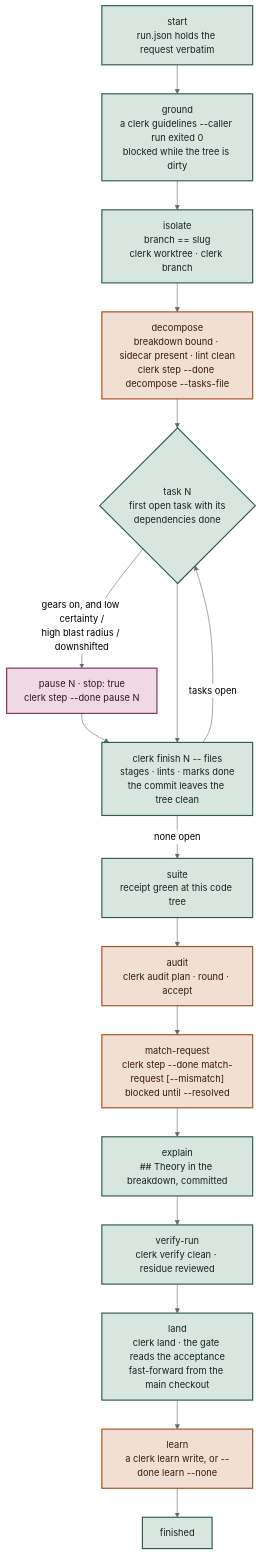
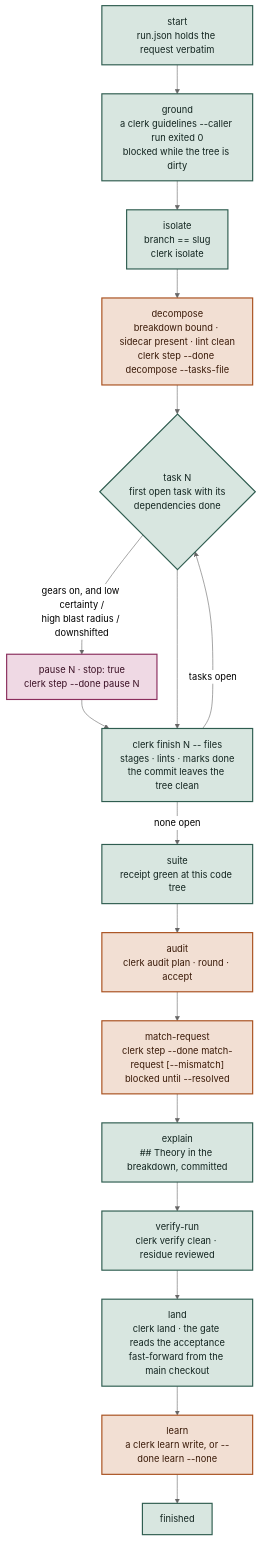
One commit to hpcsc/dotfiles changed the second of 5 diagrams in link/common/dot-config/.config/ai/method/README.md. Above: the diagram before and after it, drawn with Mermaid (neutral theme). The commit also changed other lines of this file and 17 other files, not shown here.

First line of the commit message:
Port verify, land and isolate; fold gate, worktree and branch

````diff
--- a/link/common/dot-config/.config/ai/method/README.md
+++ b/link/common/dot-config/.config/ai/method/README.md
@@ -118,25 +118,25 @@
 ```mermaid
 flowchart TD
   START["start<br/>run.json holds the request verbatim"] --> GROUND
   GROUND["ground<br/>a clerk guidelines --caller run exited 0<br/>blocked while the tree is dirty"] --> ISOLATE
-  ISOLATE["isolate<br/>branch == slug<br/>clerk worktree · clerk branch"] --> PLAN
+  ISOLATE["isolate<br/>branch == slug<br/>clerk isolate"] --> PLAN
   PLAN["decompose<br/>breakdown bound · sidecar present · lint clean<br/>clerk step --done decompose --tasks-file"] --> TASK
   TASK{"task N<br/>first open task with its<br/>dependencies done"} -->|"gears on, and low certainty /<br/>high blast radius / downshifted"| TESTS
   TESTS["pause N · stop: true<br/>clerk step --done pause N"] --> BUILD
   TASK --> BUILD["clerk finish N -- files<br/>stages · lints · marks done<br/>the commit leaves the tree clean"]
   BUILD -->|"tasks open"| TASK
   BUILD -->|"none open"| SUITE
   SUITE["suite<br/>receipt green at this code tree"] --> AUDIT
   AUDIT["audit<br/>clerk audit plan · round · accept"] --> VALIDATE
   VALIDATE["match-request<br/>clerk step --done match-request [--mismatch]<br/>blocked until --resolved"] --> THEORY
   THEORY["explain<br/>## Theory in the breakdown, committed"] --> VERIFY
   VERIFY["verify-run<br/>clerk verify clean · residue reviewed"] --> LAND
   LAND["land<br/>clerk land · the gate reads the acceptance<br/>fast-forward from the main checkout"] --> LEARN
   LEARN["learn<br/>a clerk learn write, or --done learn --none"] --> FIN["finished"]
   classDef derived fill:#D8E6E0,stroke:#2F5D50,stroke-width:2px,color:#132520
   classDef asserted fill:#F2DFD3,stroke:#A8501E,stroke-width:2px,color:#3A1A08
   classDef gate fill:#EFD9E4,stroke:#8A2E5D,stroke-width:2px,color:#3A1024
   class START,GROUND,ISOLATE,TASK,BUILD,SUITE,THEORY,VERIFY,LAND,FIN derived
   class PLAN,AUDIT,VALIDATE,LEARN asserted
   class TESTS gate
 ```
````
